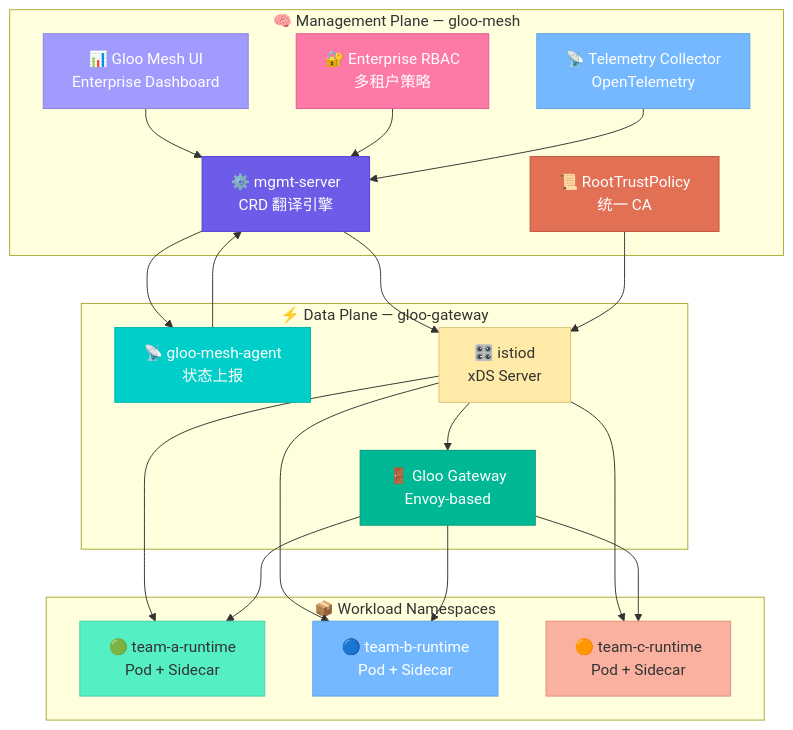
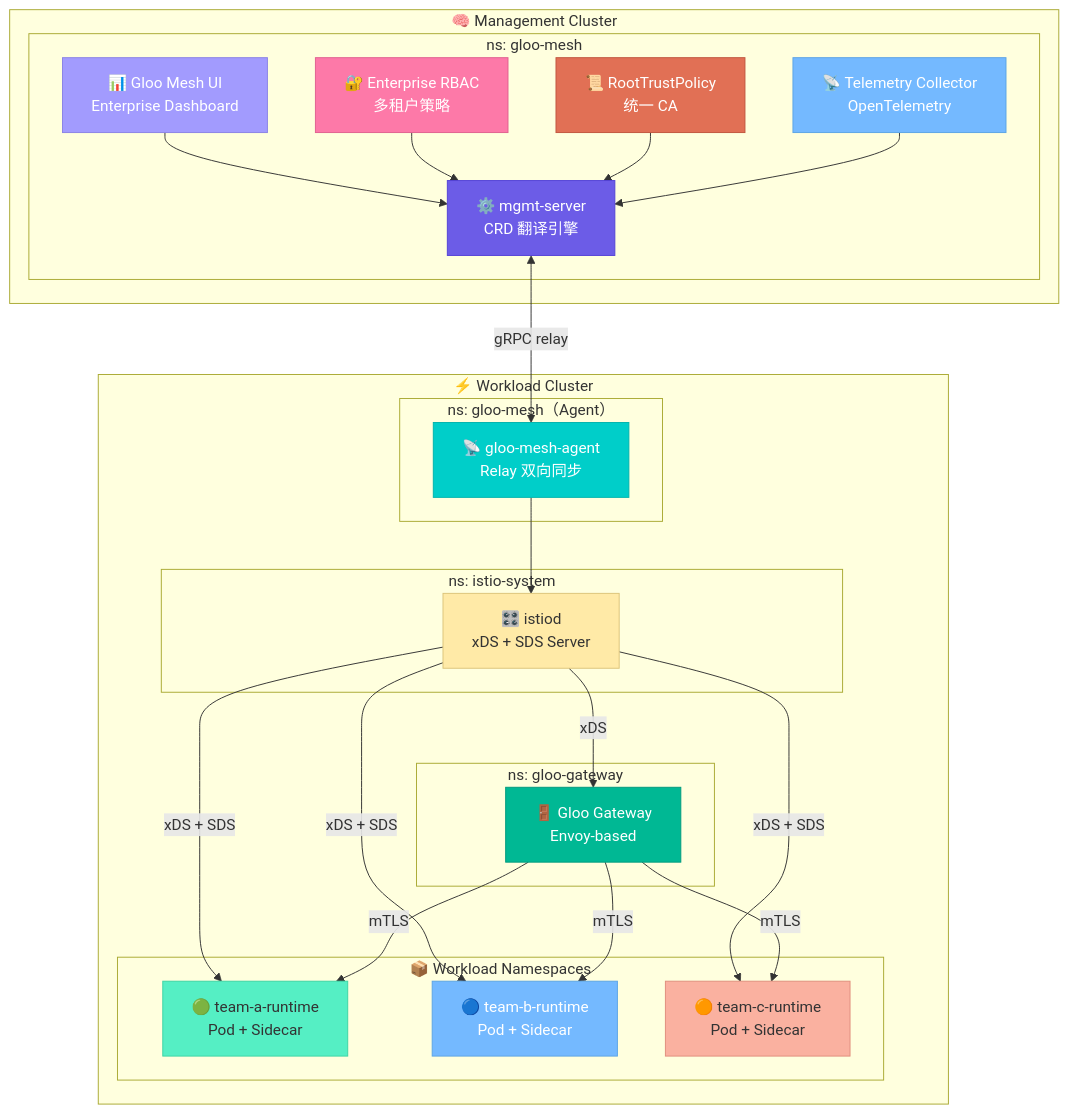
Before and after one commit to aibangjuxin/knowledge: diagram 11 of 11 in gcp/asm/gloo/gloo-flow.md, drawn with Mermaid. The commit also changed other lines of this file and 2 other files, not shown here.

````diff
--- a/gcp/asm/gloo/gloo-flow.md
+++ b/gcp/asm/gloo/gloo-flow.md
@@ -634,49 +657,58 @@
 ```mermaid
 graph TB
-    subgraph Management["🧠 Management Plane — gloo-mesh"]
-        MGMT["⚙️ mgmt-server\nCRD 翻译引擎"]
-        UI["📊 Gloo Mesh UI\nEnterprise Dashboard"]
-        RBAC_E["🔐 Enterprise RBAC\n多租户策略"]
-        RTP_E["📜 RootTrustPolicy\n统一 CA"]
-        TEL["📡 Telemetry Collector\nOpenTelemetry"]
+    subgraph MgmtCluster["🧠 Management Cluster"]
+        subgraph gloo_mesh_ns["ns: gloo-mesh"]
+            MGMT["⚙️ mgmt-server\nCRD 翻译引擎"]
+            UI["📊 Gloo Mesh UI\nEnterprise Dashboard"]
+            RBAC_E["🔐 Enterprise RBAC\n多租户策略"]
+            RTP_E["📜 RootTrustPolicy\n统一 CA"]
+            TEL["📡 Telemetry Collector\nOpenTelemetry"]
+        end
     end
 
-    subgraph DataPlane["⚡ Data Plane — gloo-gateway"]
-        GW["🚪 Gloo Gateway\nEnvoy-based"]
-        AGENT["📡 gloo-mesh-agent\n状态上报"]
-        ISTIOD_E["🎛️ istiod\nxDS Server"]
+    subgraph WkldCluster["⚡ Workload Cluster"]
+        subgraph agent_ns["ns: gloo-mesh（Agent）"]
+            AGENT["📡 gloo-mesh-agent\nRelay 双向同步"]
+        end
+
+        subgraph istio_ns["ns: istio-system"]
+            ISTIOD_E["🎛️ istiod\nxDS + SDS Server"]
+        end
+
+        subgraph gw_ns["ns: gloo-gateway"]
+            GW["🚪 Gloo Gateway\nEnvoy-based"]
+        end
+
+        subgraph Workloads["📦 Workload Namespaces"]
+            W1["🟢 team-a-runtime\nPod + Sidecar"]
+            W2["🔵 team-b-runtime\nPod + Sidecar"]
+            W3["🟠 team-c-runtime\nPod + Sidecar"]
+        end
     end
 
-    subgraph Workloads["📦 Workload Namespaces"]
-        W1["🟢 team-a-runtime\nPod + Sidecar"]
-        W2["🔵 team-b-runtime\nPod + Sidecar"]
-        W3["🟠 team-c-runtime\nPod + Sidecar"]
-    end
-
-    MGMT --> AGENT
-    MGMT --> ISTIOD_E
-    AGENT --> MGMT
+    MGMT <-->|"gRPC relay"| AGENT
     UI --> MGMT
     RBAC_E --> MGMT
-    RTP_E --> ISTIOD_E
+    RTP_E --> MGMT
     TEL --> MGMT
-    ISTIOD_E --> GW
-    ISTIOD_E --> W1
-    ISTIOD_E --> W2
-    ISTIOD_E --> W3
-    GW --> W1
-    GW --> W2
-    GW --> W3
+    AGENT --> ISTIOD_E
+    ISTIOD_E -->|"xDS"| GW
+    ISTIOD_E -->|"xDS + SDS"| W1
+    ISTIOD_E -->|"xDS + SDS"| W2
+    ISTIOD_E -->|"xDS + SDS"| W3
+    GW -->|"mTLS"| W1
+    GW -->|"mTLS"| W2
+    GW -->|"mTLS"| W3
 
     style MGMT fill:#6c5ce7,stroke:#5341d6,color:#fff
     style UI fill:#a29bfe,stroke:#8a82e5,color:#fff
     style RBAC_E fill:#fd79a8,stroke:#e06090,color:#fff
     style RTP_E fill:#e17055,stroke:#c0553e,color:#fff
     style TEL fill:#74b9ff,stroke:#5ca4e5,color:#fff
     style GW fill:#00b894,stroke:#009a7d,color:#fff
     style AGENT fill:#00cec9,stroke:#00b3ad,color:#fff
     style ISTIOD_E fill:#ffeaa7,stroke:#dcc47a,color:#333
     style W1 fill:#55efc4,stroke:#3dd4a5,color:#333
     style W2 fill:#74b9ff,stroke:#5ca4e5,color:#fff
     style W3 fill:#fab1a0,stroke:#e08e7e,color:#333
 ```
````
